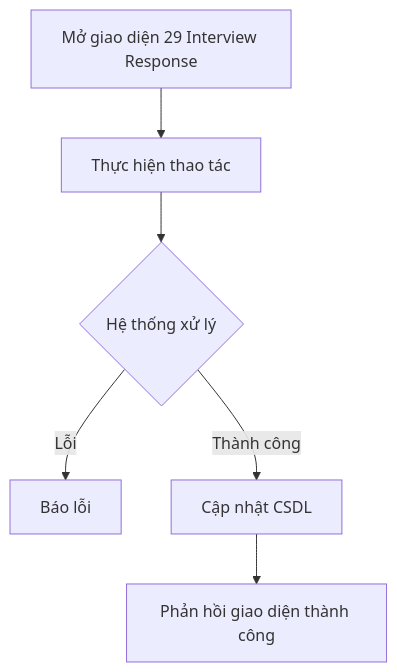
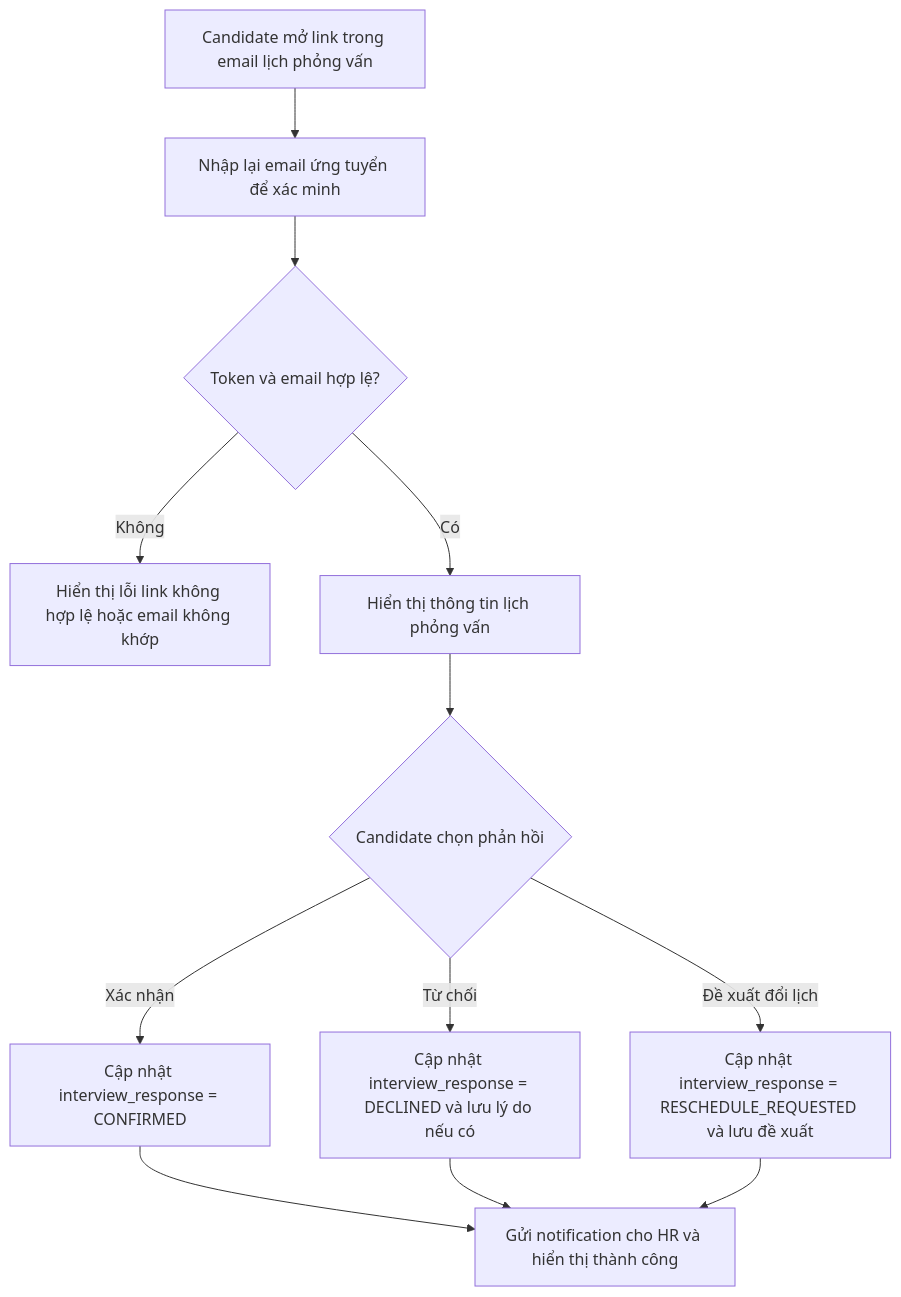
Before and after one commit to VanHaPtit/EasyTech_FE: the diagram in nghiep_vu/epic-06_Career_Site/user-story-28_Interview_Response/user-story.md, drawn with Mermaid. The commit also changed other lines of this file and 31 other files, not shown here.

````diff
--- a/nghiep_vu/epic-06_Career_Site/user-story-28_Interview_Response/user-story.md
+++ b/nghiep_vu/epic-06_Career_Site/user-story-28_Interview_Response/user-story.md
@@ -11,8 +11,14 @@
 ```mermaid
 graph TD
-    A[Mở giao diện 29 Interview Response] --> B[Thực hiện thao tác]
-    B --> C{Hệ thống xử lý}
-    C -- Lỗi --> D[Báo lỗi]
-    C -- Thành công --> E[Cập nhật CSDL]
-    E --> F[Phản hồi giao diện thành công]
+    A[Candidate mở link trong email lịch phỏng vấn] --> B[Nhập lại email ứng tuyển để xác minh]
+    B --> C{Token và email hợp lệ?}
+    C -- Không --> D[Hiển thị lỗi link không hợp lệ hoặc email không khớp]
+    C -- Có --> E[Hiển thị thông tin lịch phỏng vấn]
+    E --> F{Candidate chọn phản hồi}
+    F -- Xác nhận --> G[Cập nhật interview_response = CONFIRMED]
+    F -- Từ chối --> H[Cập nhật interview_response = DECLINED và lưu lý do nếu có]
+    F -- Đề xuất đổi lịch --> I[Cập nhật interview_response = RESCHEDULE_REQUESTED và lưu đề xuất]
+    G --> J[Gửi notification cho HR và hiển thị thành công]
+    H --> J
+    I --> J
 ```
````
